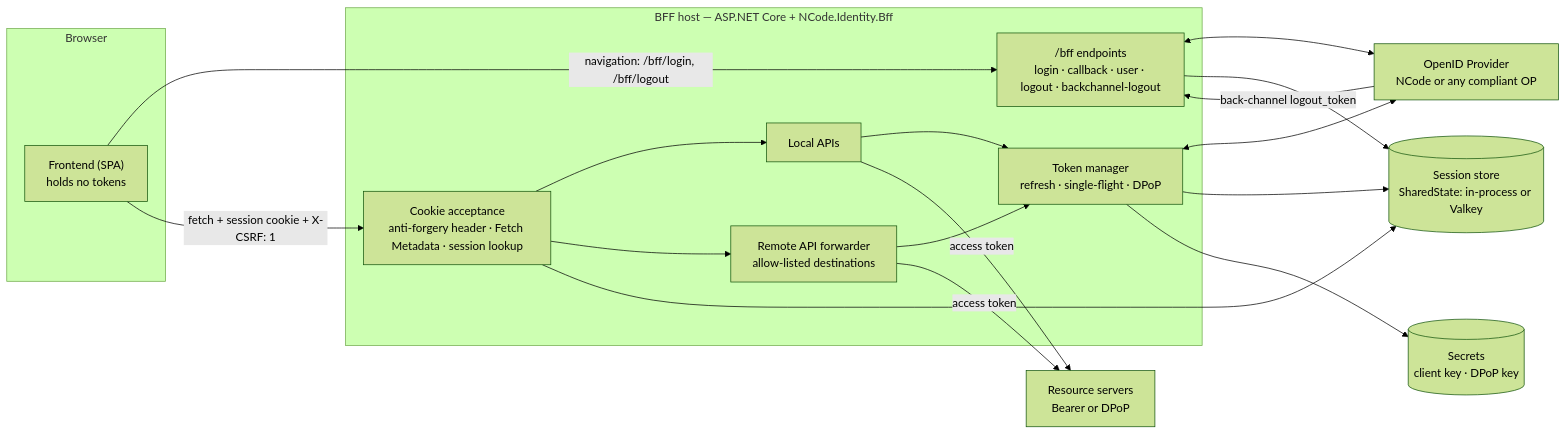
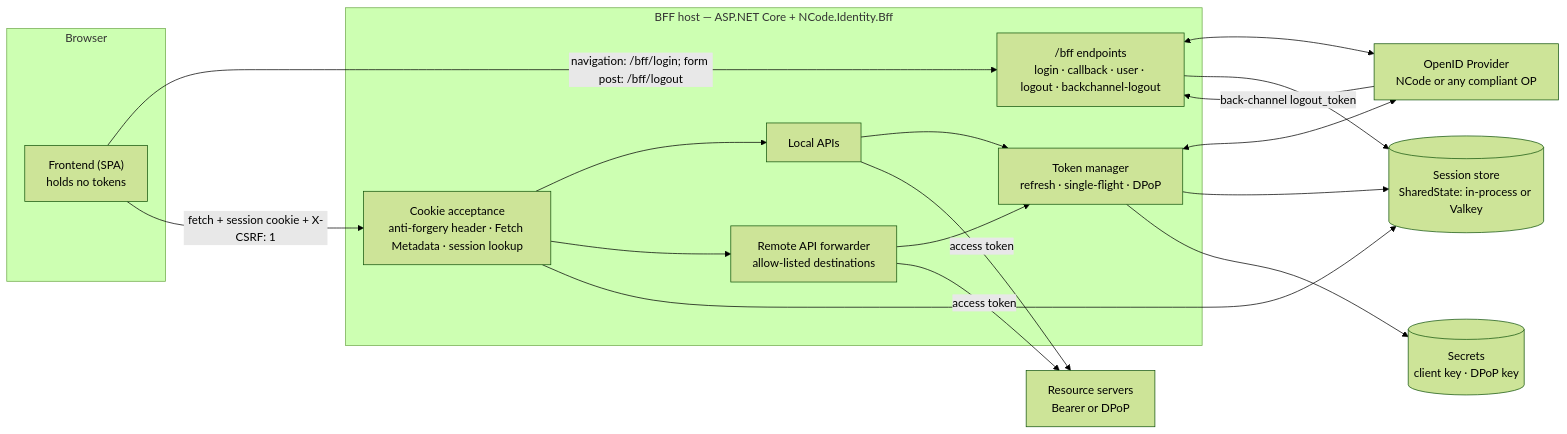
Before and after one commit to NCodeGroup/Identity: the second of 4 diagrams in docs/backend-for-frontend.md, drawn with Mermaid (forest theme). The commit also changed other lines of this file and 90 other files, not shown here.

````diff
--- a/docs/backend-for-frontend.md
+++ b/docs/backend-for-frontend.md
@@ -202,33 +202,33 @@
 ```mermaid
 flowchart LR
     subgraph Browser
         SPA["Frontend (SPA)<br/>holds no tokens"]
     end
     subgraph BFFHost["BFF host — ASP.NET Core + NCode.Identity.Bff"]
         EP["/bff endpoints<br/>login · callback · user · logout · backchannel-logout"]
         GATE["Cookie acceptance<br/>anti-forgery header · Fetch Metadata · session lookup"]
         LOCAL["Local APIs"]
         PROXY["Remote API forwarder<br/>allow-listed destinations"]
         TM["Token manager<br/>refresh · single-flight · DPoP"]
     end
     STORE[("Session store<br/>SharedState: in-process or Valkey")]
     SECRETS[("Secrets<br/>client key · DPoP key")]
     OP["OpenID Provider<br/>NCode or any compliant OP"]
     RS["Resource servers<br/>Bearer or DPoP"]
 
-    SPA -- "navigation: /bff/login, /bff/logout" --> EP
+    SPA -- "navigation: /bff/login; form post: /bff/logout" --> EP
     SPA -- "fetch + session cookie + X-CSRF: 1" --> GATE
     GATE --> LOCAL
     GATE --> PROXY
     EP <--> OP
     LOCAL --> TM
     PROXY --> TM
     TM <--> OP
     LOCAL -- "access token" --> RS
     PROXY -- "access token" --> RS
     EP --> STORE
     GATE --> STORE
     TM --> STORE
     TM --> SECRETS
     OP -- "back-channel logout_token" --> EP
 ```
````
